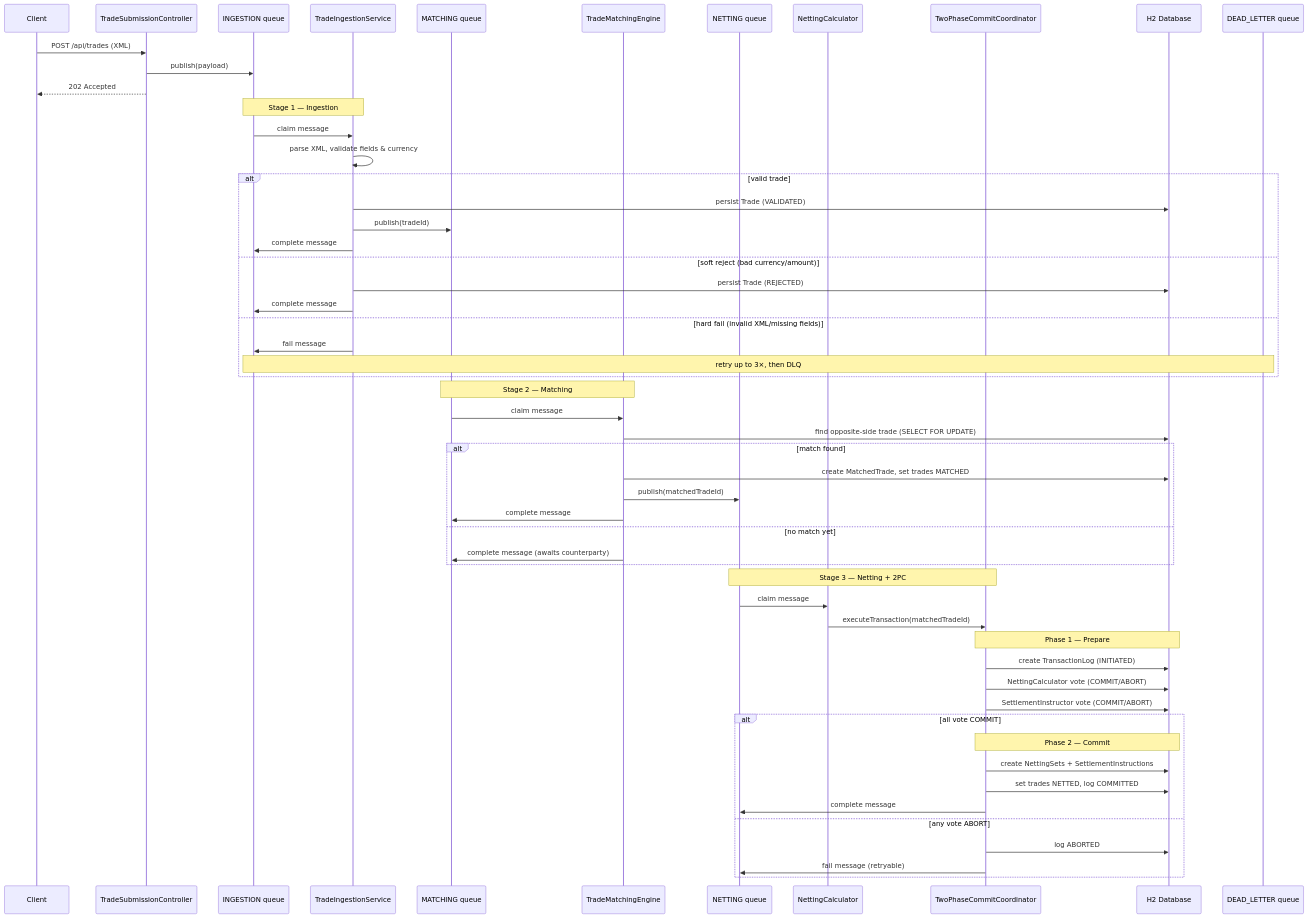
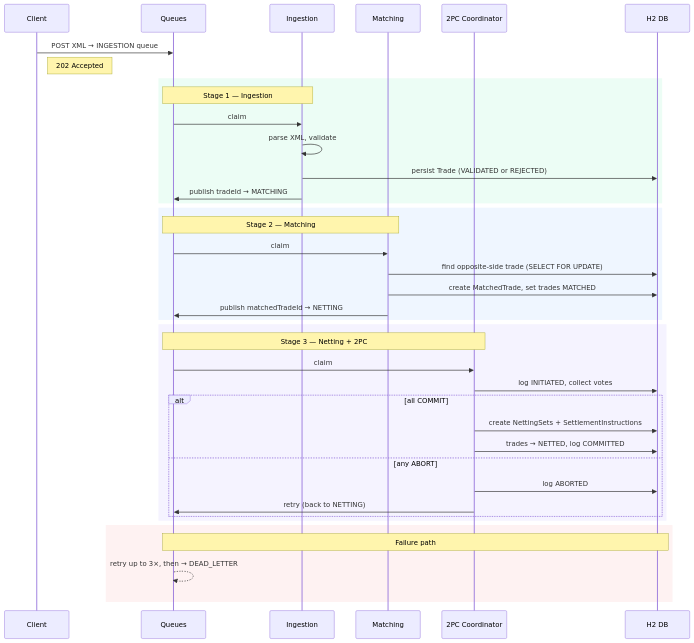
One commit to usharma123/CIT changed the third of 3 diagrams in README.md. Above: the diagram before and after it, drawn with Mermaid. The commit also changed other lines of this file, not shown here.

````diff
--- a/README.md
+++ b/README.md
@@ -119,63 +80,46 @@
 ```mermaid
 sequenceDiagram
     participant C as Client
-    participant API as TradeSubmissionController
-    participant IQ as INGESTION queue
-    participant TIS as TradeIngestionService
-    participant MQ as MATCHING queue
-    participant TME as TradeMatchingEngine
-    participant NQ as NETTING queue
-    participant NC as NettingCalculator
-    participant TPC as TwoPhaseCommitCoordinator
-    participant DB as H2 Database
-    participant DLQ as DEAD_LETTER queue
+    participant Q as Queues
+    participant TIS as Ingestion
+    participant TME as Matching
+    participant TPC as 2PC Coordinator
+    participant DB as H2 DB
 
-    C->>API: POST /api/trades (XML)
-    API->>IQ: publish(payload)
-    API-->>C: 202 Accepted
+    C->>Q: POST XML → INGESTION queue
+    Note right of C: 202 Accepted
 
-    Note over IQ,TIS: Stage 1 — Ingestion
-    IQ->>TIS: claim message
-    TIS->>TIS: parse XML, validate fields & currency
-    alt valid trade
-        TIS->>DB: persist Trade (VALIDATED)
-        TIS->>MQ: publish(tradeId)
-        TIS->>IQ: complete message
-    else soft reject (bad currency/amount)
-        TIS->>DB: persist Trade (REJECTED)
-        TIS->>IQ: complete message
-    else hard fail (invalid XML/missing fields)
-        TIS->>IQ: fail message
-        Note over IQ,DLQ: retry up to 3×, then DLQ
+    rect rgb(236, 253, 245)
+    Note over Q,TIS: Stage 1 — Ingestion
+    Q->>TIS: claim
+    TIS->>TIS: parse XML, validate
+    TIS->>DB: persist Trade (VALIDATED or REJECTED)
+    TIS->>Q: publish tradeId → MATCHING
     end
 
-    Note over MQ,TME: Stage 2 — Matching
-    MQ->>TME: claim message
+    rect rgb(239, 246, 255)
+    Note over Q,TME: Stage 2 — Matching
+    Q->>TME: claim
     TME->>DB: find opposite-side trade (SELECT FOR UPDATE)
-    alt match found
-        TME->>DB: create MatchedTrade, set trades MATCHED
-        TME->>NQ: publish(matchedTradeId)
-        TME->>MQ: complete message
-    else no match yet
-        TME->>MQ: complete message (awaits counterparty)
+    TME->>DB: create MatchedTrade, set trades MATCHED
+    TME->>Q: publish matchedTradeId → NETTING
     end
 
-    Note over NQ,TPC: Stage 3 — Netting + 2PC
-    NQ->>NC: claim message
-    NC->>TPC: executeTransaction(matchedTradeId)
+    rect rgb(245, 243, 255)
+    Note over Q,TPC: Stage 3 — Netting + 2PC
+    Q->>TPC: claim
+    TPC->>DB: log INITIATED, collect votes
+    alt all COMMIT
+        TPC->>DB: create NettingSets + SettlementInstructions
+        TPC->>DB: trades → NETTED, log COMMITTED
+    else any ABORT
+        TPC->>DB: log ABORTED
+        TPC->>Q: retry (back to NETTING)
+    end
+    end
 
-    Note over TPC,DB: Phase 1 — Prepare
-    TPC->>DB: create TransactionLog (INITIATED)
-    TPC->>DB: NettingCalculator vote (COMMIT/ABORT)
-    TPC->>DB: SettlementInstructor vote (COMMIT/ABORT)
-
-    alt all vote COMMIT
-        Note over TPC,DB: Phase 2 — Commit
-        TPC->>DB: create NettingSets + SettlementInstructions
-        TPC->>DB: set trades NETTED, log COMMITTED
-        TPC->>NQ: complete message
-    else any vote ABORT
-        TPC->>DB: log ABORTED
-        TPC->>NQ: fail message (retryable)
+    rect rgb(254, 242, 242)
+    Note over Q,DB: Failure path
+    Q-->>Q: retry up to 3×, then → DEAD_LETTER
     end
 ```
````
